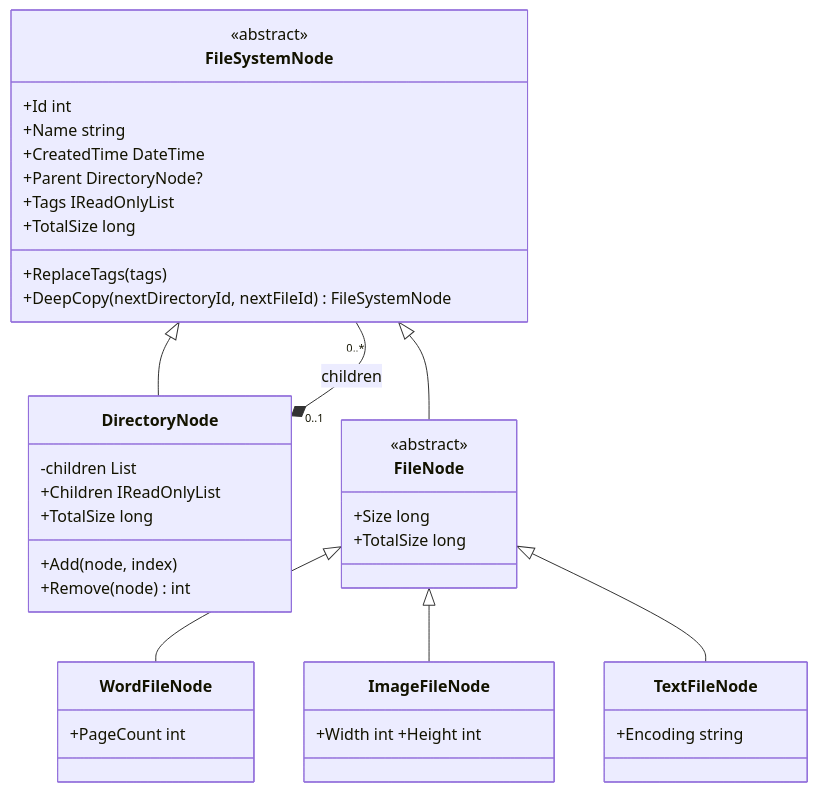
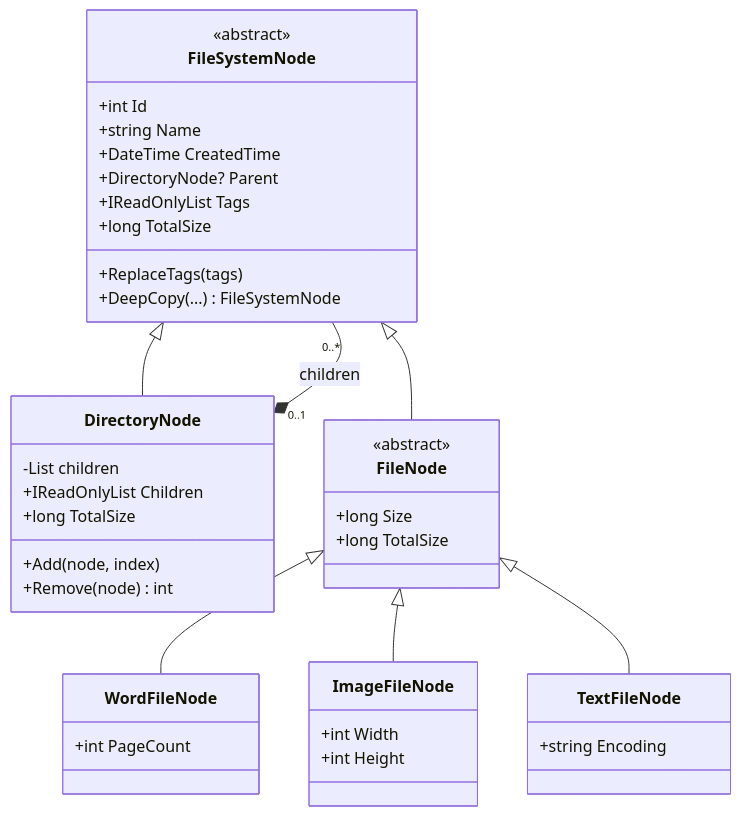
The second of 4 diagrams in README.md (Juyunho/CloudFileSystem), drawn with Mermaid before and after one commit. The commit also changed other lines of this file, not shown here.

````diff
--- a/README.md
+++ b/README.md
@@ -100,36 +99,52 @@
 ```mermaid
 classDiagram
+    direction TB
+
     class FileSystemNode {
         <<abstract>>
-        +Id int
-        +Name string
-        +CreatedTime DateTime
-        +Parent DirectoryNode?
-        +Tags IReadOnlyList
-        +TotalSize long
+        +int Id
+        +string Name
+        +DateTime CreatedTime
+        +DirectoryNode? Parent
+        +IReadOnlyList Tags
+        +long TotalSize
         +ReplaceTags(tags)
-        +DeepCopy(nextDirectoryId, nextFileId) FileSystemNode
+        +DeepCopy(...) FileSystemNode
     }
+
     class DirectoryNode {
-        -children List
-        +Children IReadOnlyList
+        -List children
+        +IReadOnlyList Children
+        +long TotalSize
         +Add(node, index)
         +Remove(node) int
-        +TotalSize long
     }
+
     class FileNode {
         <<abstract>>
-        +Size long
-        +TotalSize long
+        +long Size
+        +long TotalSize
     }
-    class WordFileNode { +PageCount int }
-    class ImageFileNode { +Width int +Height int }
-    class TextFileNode { +Encoding string }
+
+    class WordFileNode {
+        +int PageCount
+    }
+
+    class ImageFileNode {
+        +int Width
+        +int Height
+    }
+
+    class TextFileNode {
+        +string Encoding
+    }
 
     FileSystemNode <|-- DirectoryNode
     FileSystemNode <|-- FileNode
+
     FileNode <|-- WordFileNode
     FileNode <|-- ImageFileNode
     FileNode <|-- TextFileNode
+
     DirectoryNode "0..1" *-- "0..*" FileSystemNode : children
 ```
````
